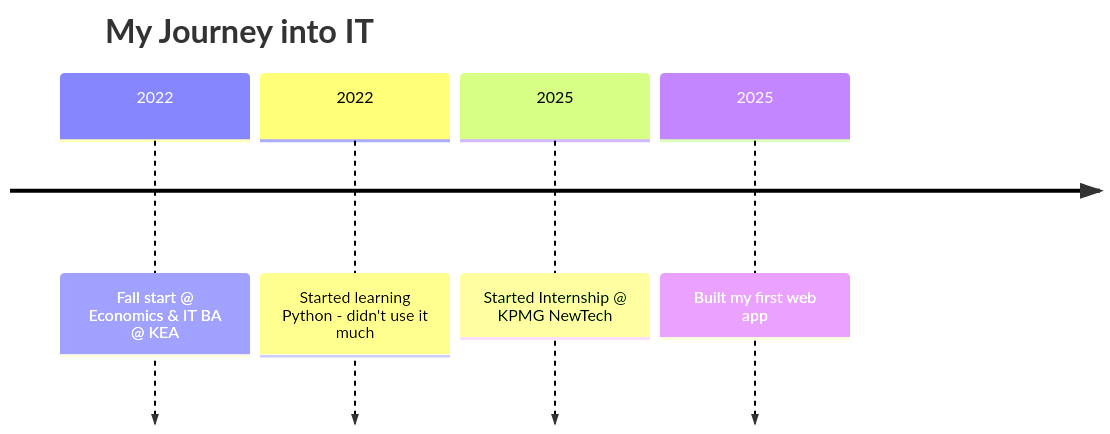
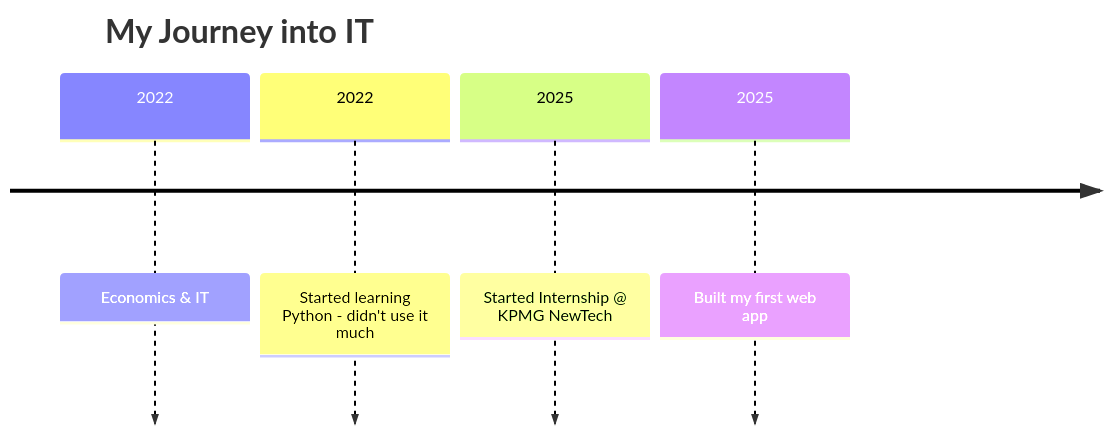
One commit to Walliiee/Walliiee changed the third of 3 diagrams in README.md. Above: the diagram before and after it, drawn with Mermaid. The commit also changed other lines of this file, not shown here.

````diff
--- a/README.md
+++ b/README.md
@@ -86,8 +82,8 @@
 ```mermaid
 timeline
   title My Journey into IT
-  2022 : Fall start @ Economics & IT BA @ KEA
+  2022 : Economics & IT
   2022 : Started learning Python - didn't use it much
   2025 : Started Internship @ KPMG NewTech
   2025 : Built my first web app
 ```
````
